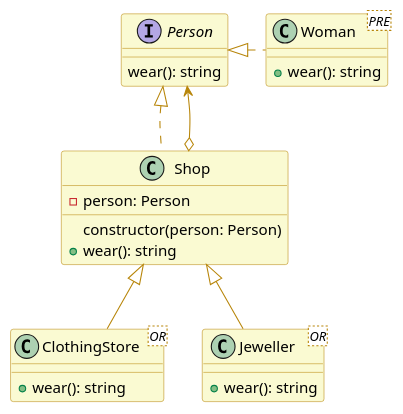
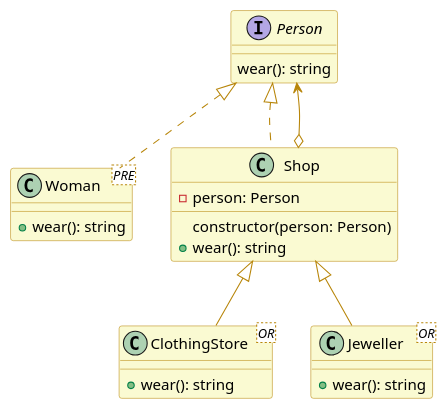
The diagram in src/app/structural/decorator/decorator.puml (plkpiotr/design-patterns), drawn with PlantUML before and after one commit. The commit also changed 4 other files, not shown here.

Commit message:
Update two PlantUML diagrams

```diff
--- a/src/app/structural/decorator/decorator.puml
+++ b/src/app/structural/decorator/decorator.puml
@@ -1,38 +1,38 @@
 @startuml
 
 skinparam class {
   backgroundColor lightgoldenrodyellow
   arrowColor darkgoldenrod
   borderColor darkgoldenrod
 }
 
 interface Person {
   wear(): string
 }
 
 class Woman <PRE> {
   + wear(): string
 }
 
 class Shop {
   - person: Person
   constructor(person: Person)
   + wear(): string
 }
 
 class ClothingStore <OR> {
   + wear(): string
 }
 
 class Jeweller <OR> {
   + wear(): string
 }
 
-Person <|. Woman
+Person <|.. Woman
 Person <|.. Shop
 Person <--o Shop
 
 Shop <|-- ClothingStore
 Shop <|-- Jeweller
 
 @enduml
```
